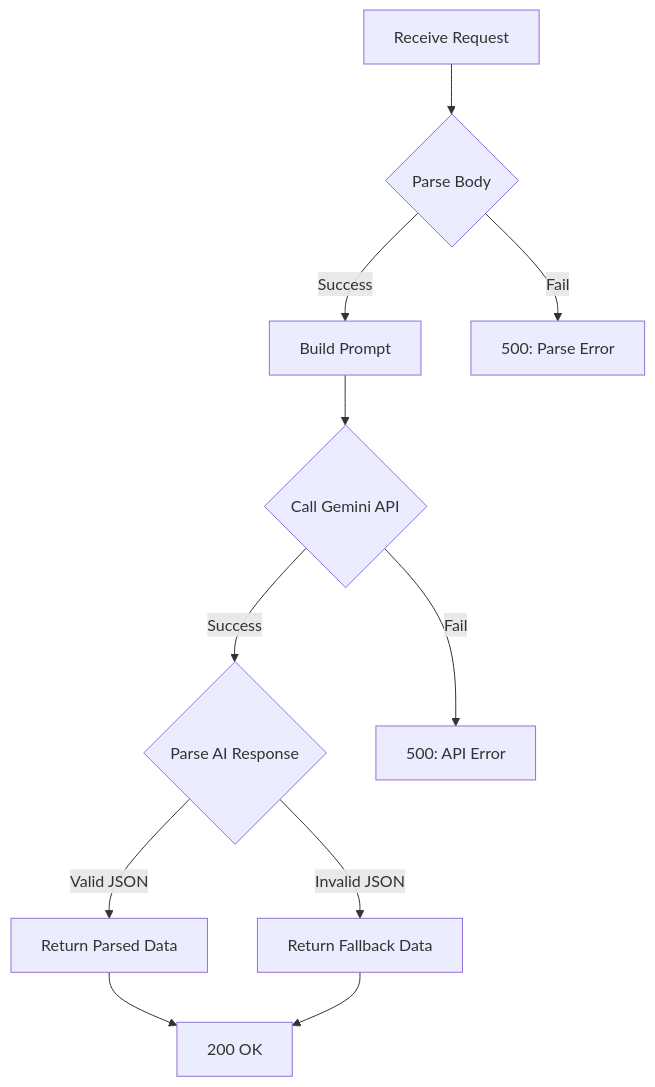
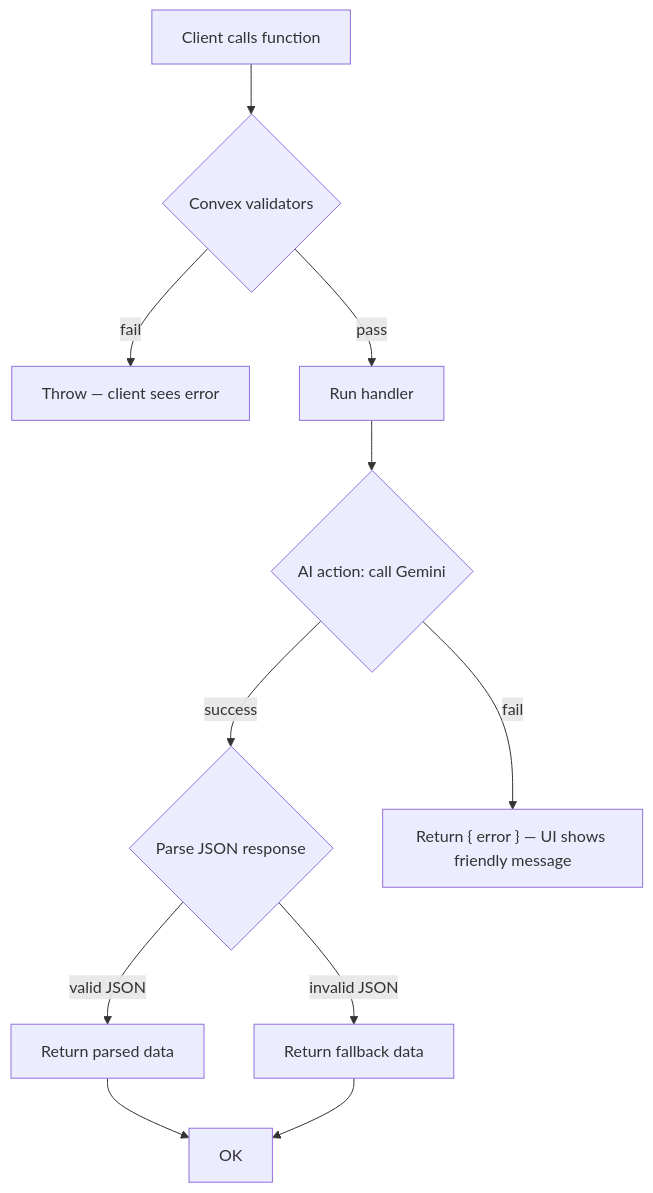
Before and after one commit to Moballig/habitforge: the diagram in docs/ENDPOINTS.md, drawn with Mermaid. The commit also changed other lines of this file and 20 other files, not shown here.

````diff
--- a/docs/ENDPOINTS.md
+++ b/docs/ENDPOINTS.md
@@ -263,13 +163,13 @@
 ```mermaid
 flowchart TD
-    A["Receive Request"] --> B{"Parse Body"}
-    B -->|"Success"| C["Build Prompt"]
-    B -->|"Fail"| E["500: Parse Error"]
-    C --> D{"Call Gemini API"}
-    D -->|"Success"| F{"Parse AI Response"}
-    D -->|"Fail"| G["500: API Error"]
-    F -->|"Valid JSON"| H["Return Parsed Data"]
-    F -->|"Invalid JSON"| I["Return Fallback Data"]
-    H --> J["200 OK"]
+    A["Client calls function"] --> B{"Convex validators"}
+    B -->|"fail"| E["Throw — client sees error"]
+    B -->|"pass"| C["Run handler"]
+    C --> D{"AI action: call Gemini"}
+    D -->|"success"| F{"Parse JSON response"}
+    D -->|"fail"| G["Return { error } — UI shows friendly message"]
+    F -->|"valid JSON"| H["Return parsed data"]
+    F -->|"invalid JSON"| I["Return fallback data"]
+    H --> J["OK"]
     I --> J
 ```
````
